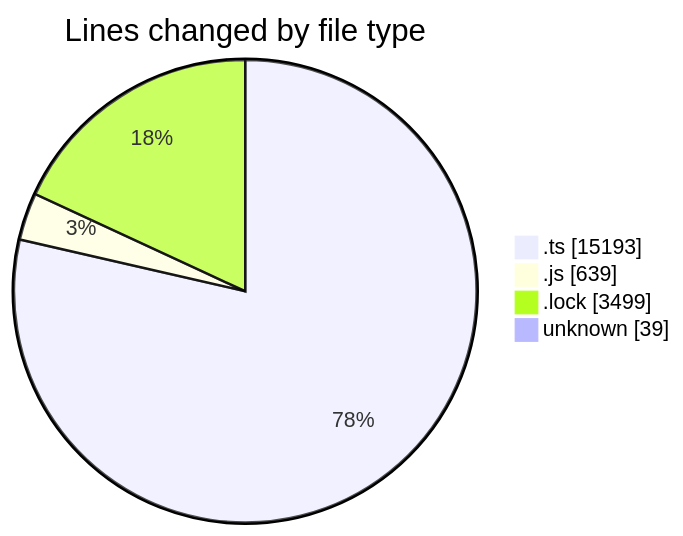
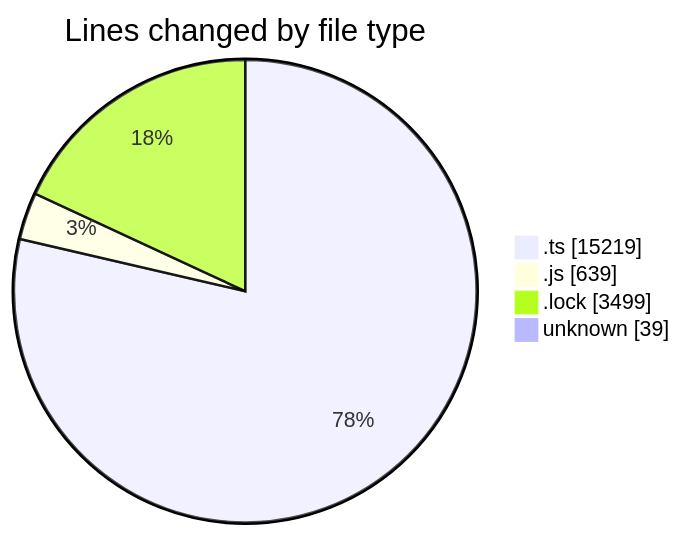
One commit to momahboobian/code-tracking changed the first of 2 diagrams in 2025-05-20/cda/README.md. Above: the diagram before and after it, drawn with Mermaid. The commit also changed other lines of this file and 1 other file, not shown here.

````diff
--- a/2025-05-20/cda/README.md
+++ b/2025-05-20/cda/README.md
@@ -31,8 +31,8 @@
 ```mermaid
 pie showData
 title Lines changed by file type
-".ts" : 15193
+".ts" : 15219
 ".js" : 639
 ".lock" : 3499
 "unknown" : 39
 ```
````
